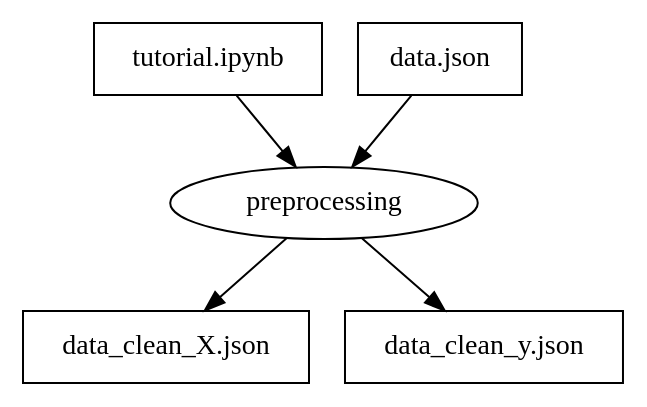
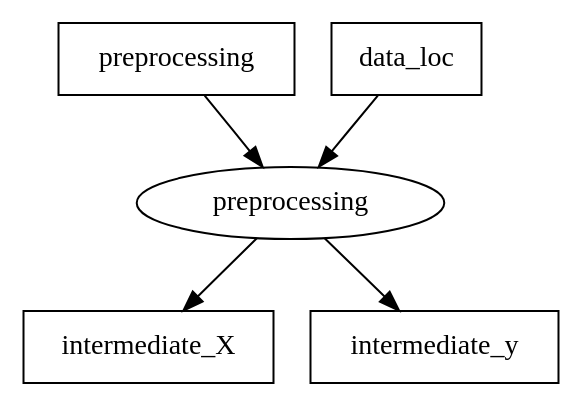
The diagram in src/risecamp_demo_out_cache.d/first_preproc/output.gv (ucbrise/flor-camp2018), drawn with Graphviz before and after one commit. The commit also changed 15 other files, not shown here.

```diff
--- a/src/risecamp_demo_out_cache.d/first_preproc/output.gv
+++ b/src/risecamp_demo_out_cache.d/first_preproc/output.gv
@@ -1,11 +1,11 @@
 digraph source {
-	 3 [label="tutorial.ipynb" shape=box]
-	 4 [label="data.json" shape=box]
+	 3 [label="preprocessing" shape=box]
+	 4 [label="data_loc" shape=box]
 	 2 [label="preprocessing" shape=ellipse]
-	 0 [label="data_clean_X.json" shape=box]
-	 1 [label="data_clean_y.json" shape=box]
+	 0 [label="intermediate_X" shape=box]
+	 1 [label="intermediate_y" shape=box]
 	3 -> 2
 	4 -> 2
 	2 -> 0
 	2 -> 1
 }
```
